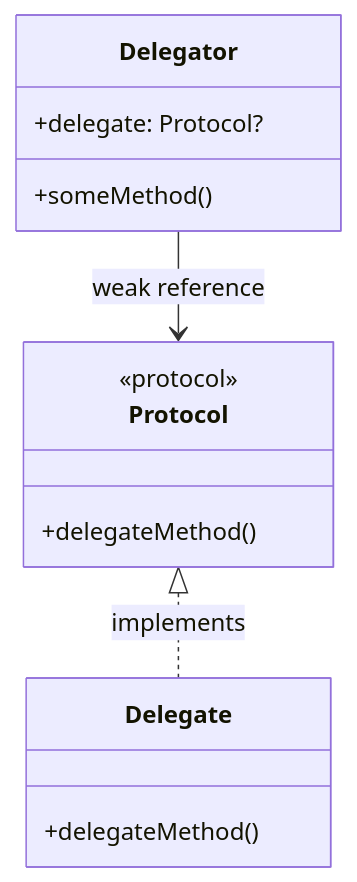
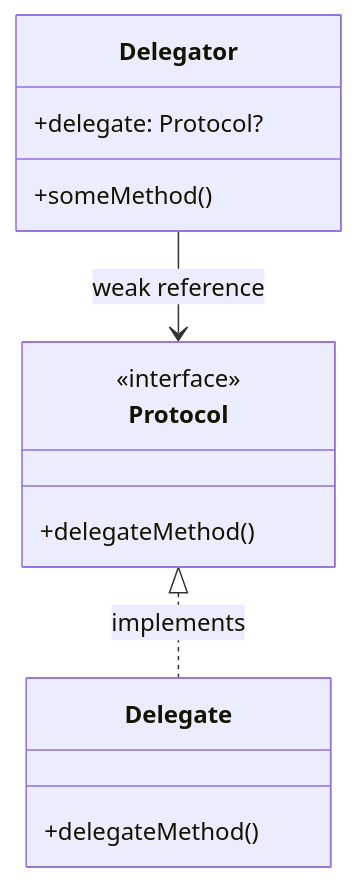
One commit to AmatsuZero/LastStand changed the second of 2 diagrams in content/posts/interview/ios-design/patterns/代理模式/index.md. Above: the diagram before and after it, drawn with Mermaid. The commit also changed 3 other files, not shown here.

First line of the commit message:
fix: 修复 Mermaid 11 classDiagram stereotype 白名单渲染失败

````diff
--- a/content/posts/interview/ios-design/patterns/代理模式/index.md
+++ b/content/posts/interview/ios-design/patterns/代理模式/index.md
@@ -465,19 +465,19 @@
 ```mermaid
 classDiagram
     class Protocol {
-        <<protocol>>
+        <<interface>>
         +delegateMethod()
     }
     
     class Delegator {
         +delegate: Protocol?
         +someMethod()
     }
     
     class Delegate {
         +delegateMethod()
     }
     
     Protocol <|.. Delegate : implements
     Delegator --> Protocol : weak reference
 ```
````
